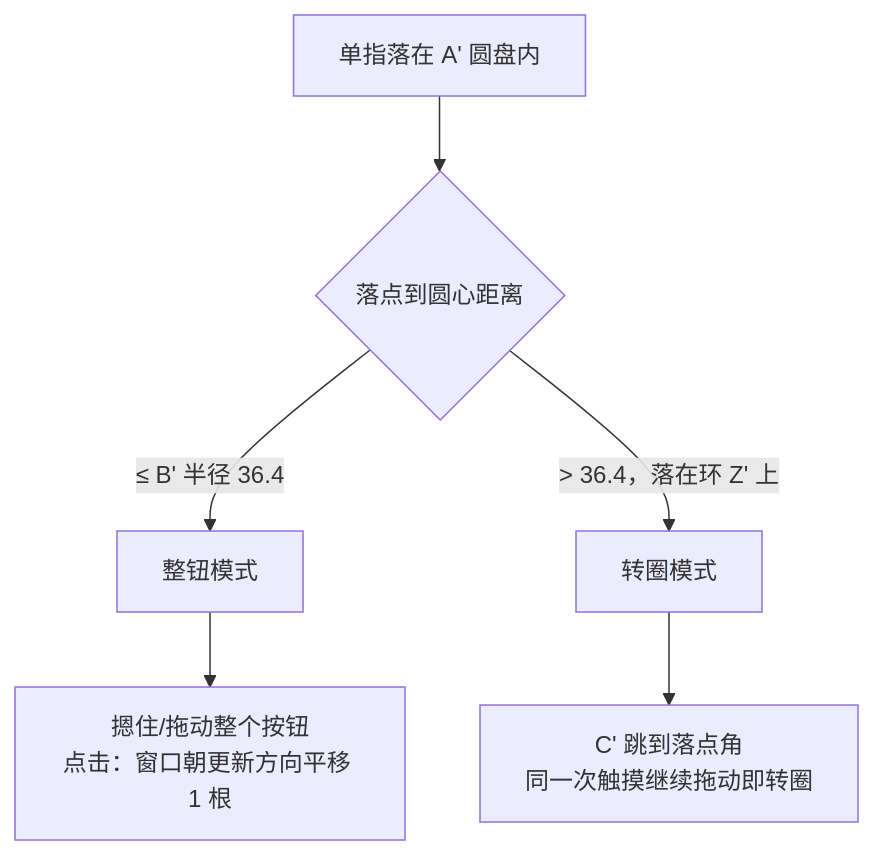
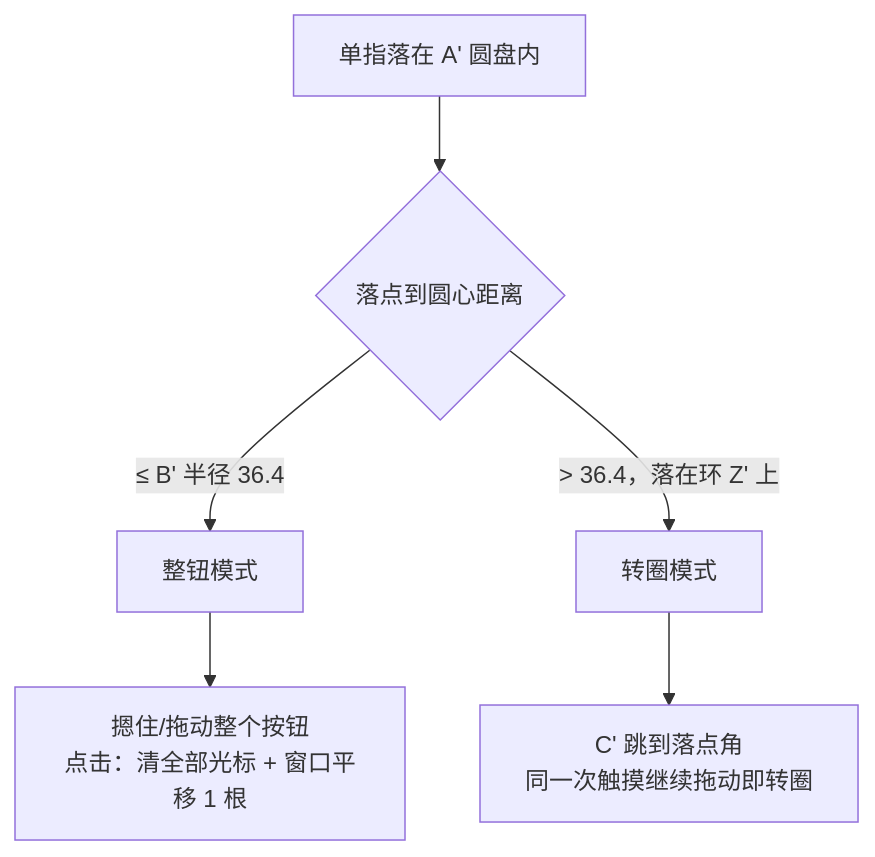
Before and after one commit to SunChuquin/Kline: the first of 2 diagrams in .trae/documents/accessory/modules/新按钮（转圈驱动光标）.md, drawn with Mermaid. The commit also changed other lines of this file and 5 other files, not shown here.

Commit message:
同步文档：点击 B' 改为两步（先清全部视图所有光标，再平移窗口一根） 决策篇改题为两步语义并补「第 1 步为什么必须由外层清」——cursorClearToken 与 linkSync 都在 KlineDetailView、只清其一都不够（清 token 后其余格会按 cursorDate 把光标画回来；只清 linkSync 则各格本地 @State 清不掉），请求用自增计数而非 Bool、无图表场景天然空操作；新按钮模块文档更新交互分区图/状态机迁移/调用关系（新增清光标这条出口，说明它有意不限主格）；INDEX 与 spec/tasks/checklist 变更记录同步为最终口径

````diff
--- a/.trae/documents/accessory/modules/新按钮（转圈驱动光标）.md
+++ b/.trae/documents/accessory/modules/新按钮（转圈驱动光标）.md
@@ -23,8 +23,8 @@
 ```mermaid
 flowchart TB
     A[单指落在 A' 圆盘内] --> B{落点到圆心距离}
     B -->|"≤ B' 半径 36.4"| C[整钮模式]
     B -->|"> 36.4，落在环 Z' 上"| D[转圈模式]
-    C --> E[摁住/拖动整个按钮<br/>点击：窗口朝更新方向平移 1 根]
+    C --> E[摁住/拖动整个按钮<br/>点击：清全部光标 + 窗口平移 1 根]
     D --> F[C' 跳到落点角<br/>同一次触摸继续拖动即转圈]
 ```
````
